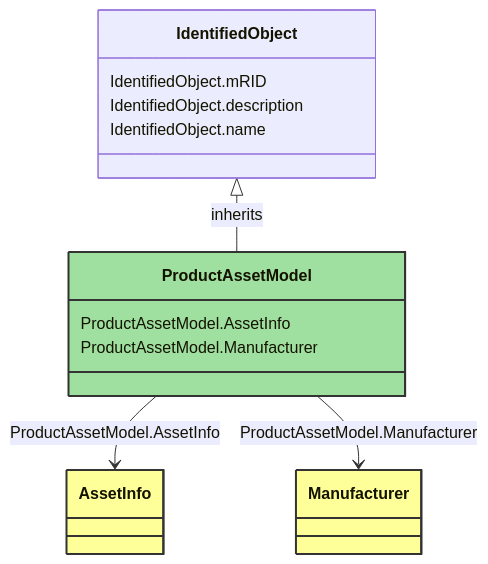
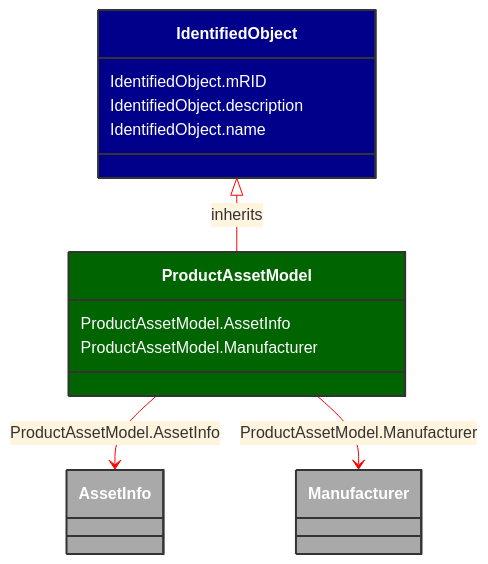
One commit to 3lbits/NoCIMExtensions changed the diagram in docs/Models/Profiles/SubseaCableInfo/ConcreteClasses/ProductAssetModel.md. Above: the diagram before and after it, drawn with Mermaid. The commit also changed 58 other files, not shown here.

````diff
--- a/docs/Models/Profiles/SubseaCableInfo/ConcreteClasses/ProductAssetModel.md
+++ b/docs/Models/Profiles/SubseaCableInfo/ConcreteClasses/ProductAssetModel.md
@@ -8,32 +8,33 @@
 ```mermaid
+%%{init: {'theme':'base','themeVariables': {'lineColor': '#FF0000'}}}%%
 classDiagram
     class ProductAssetModel
     click ProductAssetModel href "/Models/Profiles/SubseaCableInfo/ConcreteClasses/ProductAssetModel/"
-    style ProductAssetModel fill:#9fdf9f,stroke:#333,stroke-width:2px,rx:10,ry:10
+    style ProductAssetModel fill:#006400,stroke:#333,stroke-width:2px,rx:10,ry:10,color:white
 
         IdentifiedObject <|-- ProductAssetModel : inherits
             click IdentifiedObject href "/Models/Profiles/SubseaCableInfo/AbstractClasses/IdentifiedObject/"
-            style IdentifiedObject rx:10,ry:10
+            style IdentifiedObject fill:#00008B,stroke:#333,stroke-width:2px,rx:10,ry:10,color:white
 
         ProductAssetModel
             click ProductAssetModel href "/Models/Profiles/SubseaCableInfo/ConcreteClasses/ProductAssetModel/"
-            style ProductAssetModel rx:10,ry:10
+            style IdentifiedObject fill:#00008B,stroke:#333,stroke-width:2px,rx:10,ry:10,color:white
 
         ProductAssetModel --> AssetInfo : ProductAssetModel.AssetInfo
 
         AssetInfo
             click AssetInfo href "/Models/Profiles/SubseaCableInfo/AbstractClasses/AssetInfo/"
-            style AssetInfo fill:#ffff99,stroke:#333,stroke-width:2px,rx:10,ry:10
+            style AssetInfo fill:#A9A9A9,stroke:#333,stroke-width:2px,rx:10,ry:10,color:white
         ProductAssetModel --> Manufacturer : ProductAssetModel.Manufacturer
 
         Manufacturer
             click Manufacturer href "/Models/Profiles/SubseaCableInfo/ConcreteClasses/Manufacturer/"
-            style Manufacturer fill:#ffff99,stroke:#333,stroke-width:2px,rx:10,ry:10
+            style Manufacturer fill:#A9A9A9,stroke:#333,stroke-width:2px,rx:10,ry:10,color:white
 
 
         ProductAssetModel : ProductAssetModel.AssetInfo
         ProductAssetModel : ProductAssetModel.Manufacturer
         IdentifiedObject : IdentifiedObject.mRID
         IdentifiedObject : IdentifiedObject.description
         IdentifiedObject : IdentifiedObject.name
 ```
````
